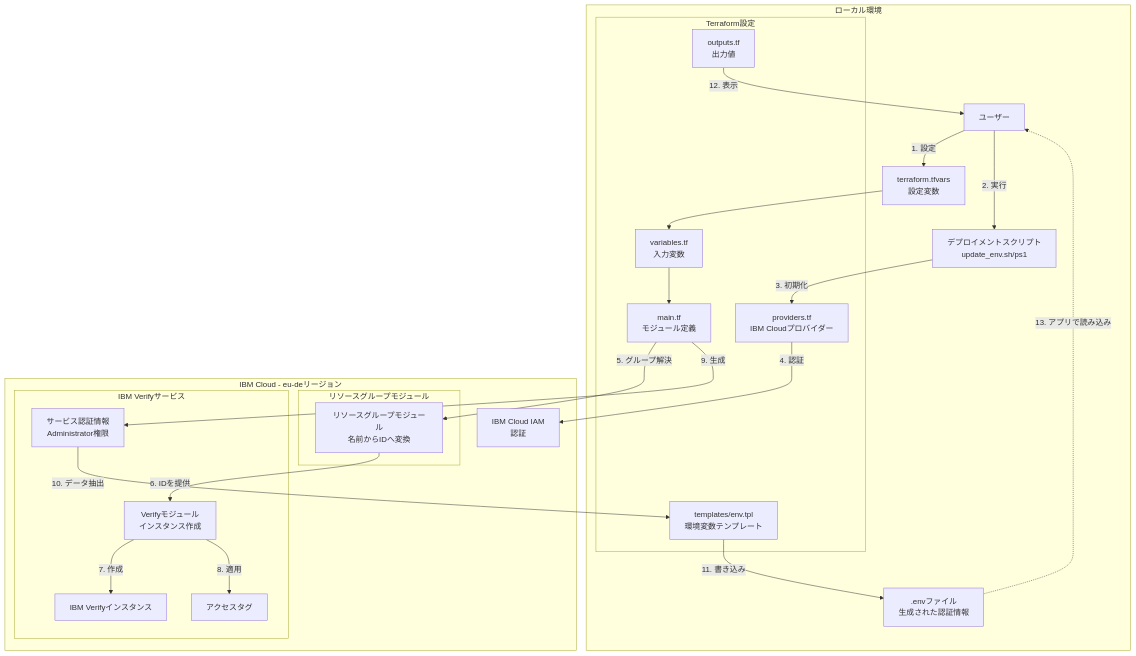
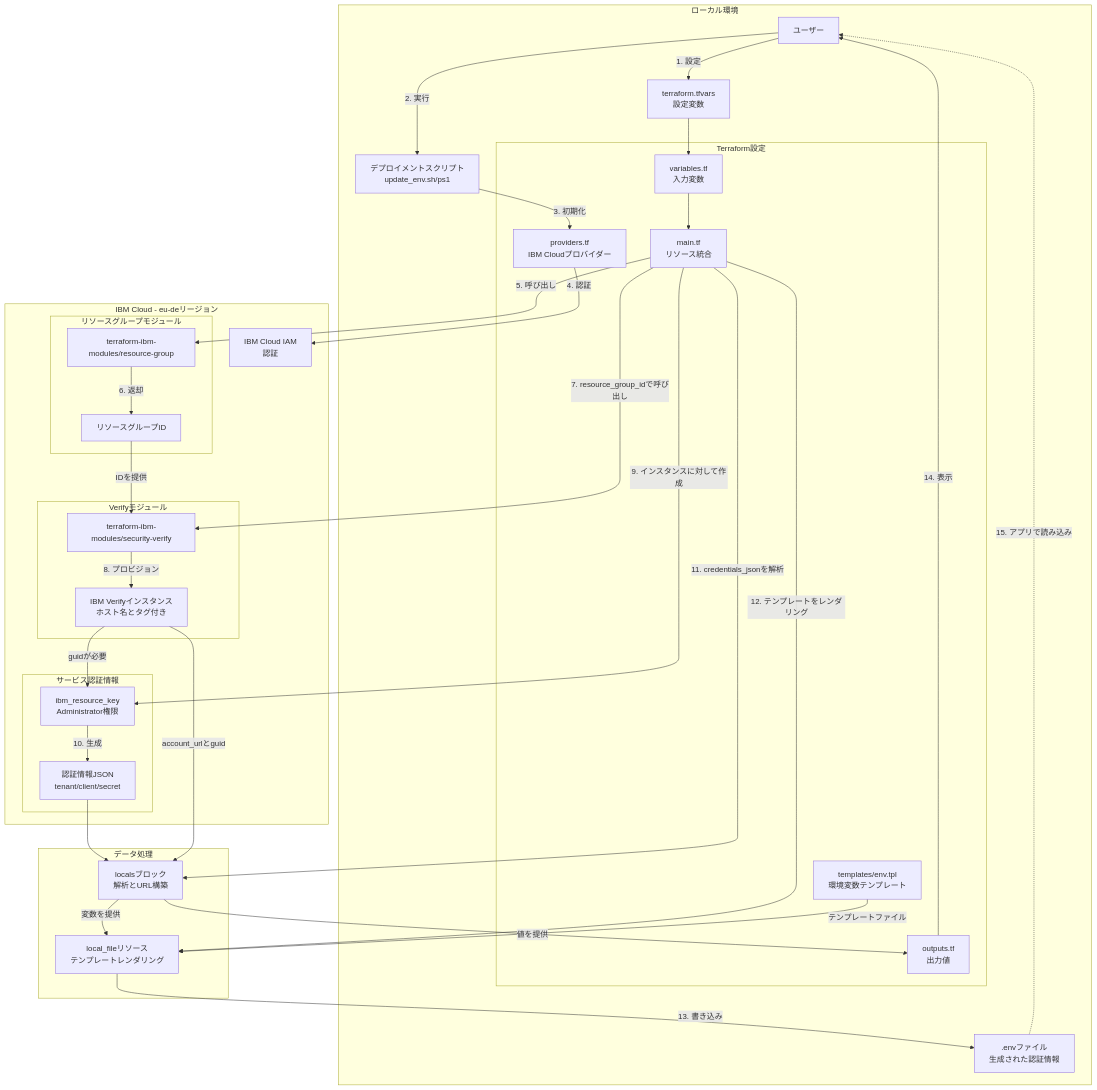
Before and after one commit to simontokyo/terraform-ibmverify: the diagram in README.ja.md, drawn with Mermaid. The commit also changed other lines of this file and 1 other file, not shown here.

````diff
--- a/README.ja.md
+++ b/README.ja.md
@@ -40,55 +40,74 @@
 ```mermaid
 graph TB
     subgraph "ローカル環境"
         User[ユーザー]
         TFVars[terraform.tfvars<br/>設定変数]
         Scripts[デプロイメントスクリプト<br/>update_env.sh/ps1]
         EnvFile[.envファイル<br/>生成された認証情報]
         
         subgraph "Terraform設定"
             Providers[providers.tf<br/>IBM Cloudプロバイダー]
             Variables[variables.tf<br/>入力変数]
-            Main[main.tf<br/>モジュール定義]
+            Main[main.tf<br/>リソース統合]
             Outputs[outputs.tf<br/>出力値]
             Template[templates/env.tpl<br/>環境変数テンプレート]
         end
     end
     
     subgraph "IBM Cloud - eu-deリージョン"
         IAM[IBM Cloud IAM<br/>認証]
         
         subgraph "リソースグループモジュール"
-            RGModule[リソースグループモジュール<br/>名前からIDへ変換]
+            RGModule[terraform-ibm-modules/resource-group]
+            RGResolved[リソースグループID]
         end
         
-        subgraph "IBM Verifyサービス"
-            ISVModule[Verifyモジュール<br/>インスタンス作成]
-            VerifyInstance[IBM Verifyインスタンス]
-            Credentials[サービス認証情報<br/>Administrator権限]
-            AccessTags[アクセスタグ]
+        subgraph "Verifyモジュール"
+            ISVModule[terraform-ibm-modules/security-verify]
+            VerifyInstance[IBM Verifyインスタンス<br/>ホスト名とタグ付き]
         end
+        
+        subgraph "サービス認証情報"
+            ResourceKey[ibm_resource_key<br/>Administrator権限]
+            CredsJSON[認証情報JSON<br/>tenant/client/secret]
+        end
+    end
+    
+    subgraph "データ処理"
+        Locals[localsブロック<br/>解析とURL構築]
+        LocalFile[local_fileリソース<br/>テンプレートレンダリング]
     end
     
     User -->|1. 設定| TFVars
     User -->|2. 実行| Scripts
     Scripts -->|3. 初期化| Providers
     
     Providers -->|4. 認証| IAM
-    
-    Main -->|5. グループ解決| RGModule
-    RGModule -->|6. IDを提供| ISVModule
-    
-    ISVModule -->|7. 作成| VerifyInstance
-    ISVModule -->|8. 適用| AccessTags
-    
-    Main -->|9. 生成| Credentials
-    Credentials -->|10. データ抽出| Template
-    Template -->|11. 書き込み| EnvFile
-    
-    Outputs -->|12. 表示| User
-    
-    EnvFile -.->|13. アプリで読み込み| User
-    
     Variables --> Main
     TFVars --> Variables
+    
+    Main -->|5. 呼び出し| RGModule
+    RGModule -->|6. 返却| RGResolved
+    
+    Main -->|7. resource_group_idで呼び出し| ISVModule
+    RGResolved -->|IDを提供| ISVModule
+    ISVModule -->|8. プロビジョン| VerifyInstance
+    
+    Main -->|9. インスタンスに対して作成| ResourceKey
+    VerifyInstance -->|guidが必要| ResourceKey
+    ResourceKey -->|10. 生成| CredsJSON
+    
+    Main -->|11. credentials_jsonを解析| Locals
+    CredsJSON --> Locals
+    VerifyInstance -->|account_urlとguid| Locals
+    
+    Main -->|12. テンプレートをレンダリング| LocalFile
+    Locals -->|変数を提供| LocalFile
+    Template -->|テンプレートファイル| LocalFile
+    LocalFile -->|13. 書き込み| EnvFile
+    
+    Outputs -->|14. 表示| User
+    Locals -->|値を提供| Outputs
+    
+    EnvFile -.->|15. アプリで読み込み| User
 ```
````
